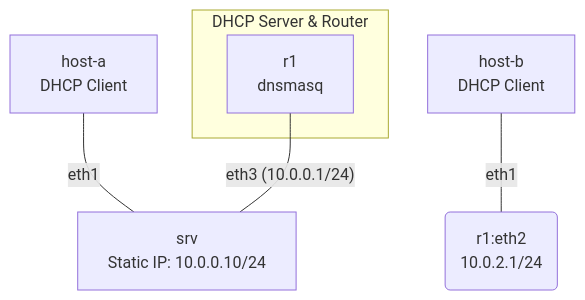
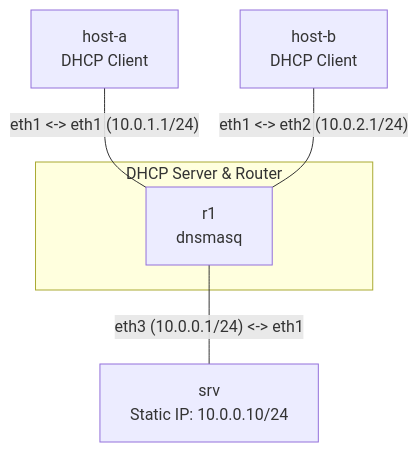
The diagram in bai-tap-ve-nha/07-dhcp-server-relay/lab-guide.md (VuVietThanhPTIT/containerlab-demo), drawn with Mermaid before and after one commit. The commit also changed 3 other files, not shown here.

Commit message:
fix: correct Mermaid diagram syntax for link labels and node definitions

````diff
--- a/bai-tap-ve-nha/07-dhcp-server-relay/lab-guide.md
+++ b/bai-tap-ve-nha/07-dhcp-server-relay/lab-guide.md
@@ -14,11 +14,11 @@
 ```mermaid
 graph TD
-    host-a[host-a<br>DHCP Client] -- eth1 --- eth1(r1:eth1<br>10.0.1.1/24)
-    host-b[host-b<br>DHCP Client] -- eth1 --- eth2(r1:eth2<br>10.0.2.1/24)
+    host-a[host-a<br>DHCP Client] -- "eth1 <-> eth1 (10.0.1.1/24)" --- r1
+    host-b[host-b<br>DHCP Client] -- "eth1 <-> eth2 (10.0.2.1/24)" --- r1
     
     subgraph dhcp_server ["DHCP Server & Router"]
         r1[r1<br>dnsmasq]
     end
     
-    r1 -- eth3 (10.0.0.1/24) --- eth1[srv<br>Static IP: 10.0.0.10/24]
+    r1 -- "eth3 (10.0.0.1/24) <-> eth1" --- srv[srv<br>Static IP: 10.0.0.10/24]
 ```
````
